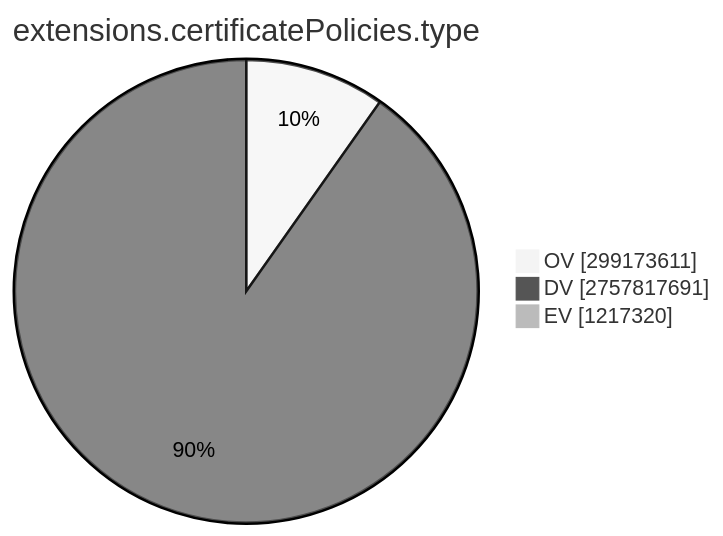
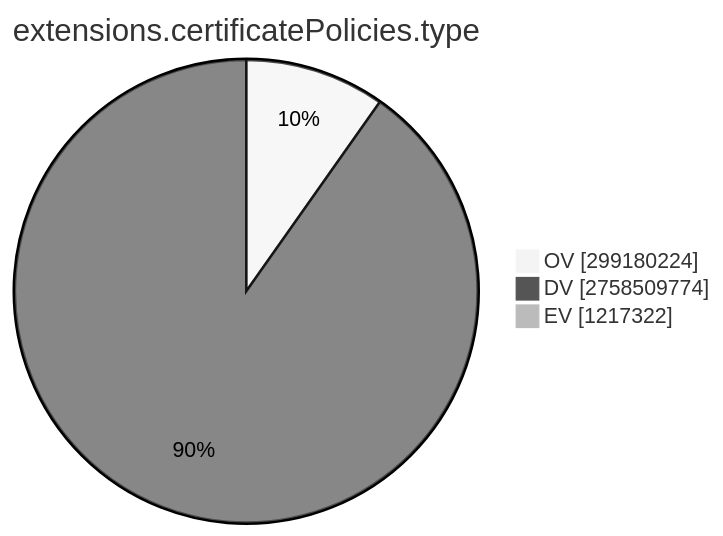
The ninth of 15 diagrams in TOTAL/README.md (christiankrug/ctmonitor_visualization), drawn with Mermaid (neutral theme) before and after one commit. The commit also changed other lines of this file, not shown here.

````diff
--- a/TOTAL/README.md
+++ b/TOTAL/README.md
@@ -3101,7 +3101,7 @@
 ```mermaid
 pie showData
 title extensions.certificatePolicies.type
-"OV" :299173611
-"DV" :2757817691
-"EV" :1217320
+"OV" :299180224
+"DV" :2758509774
+"EV" :1217322
 ```
````
